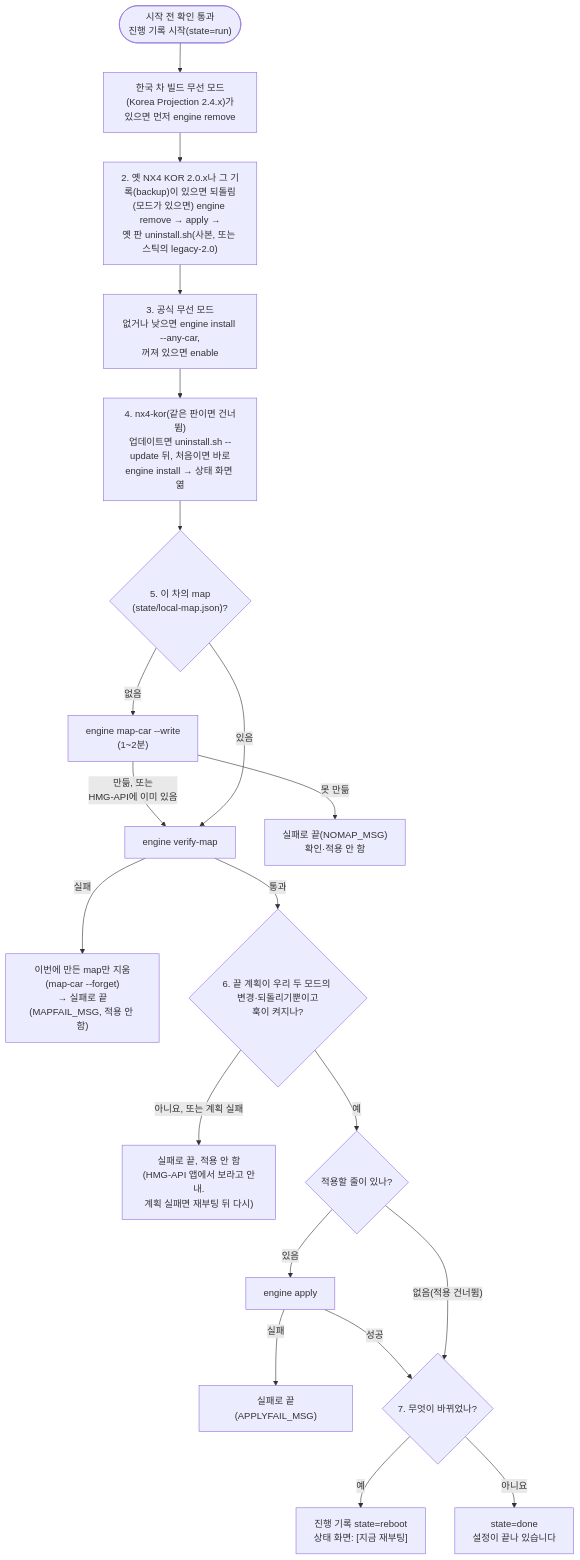
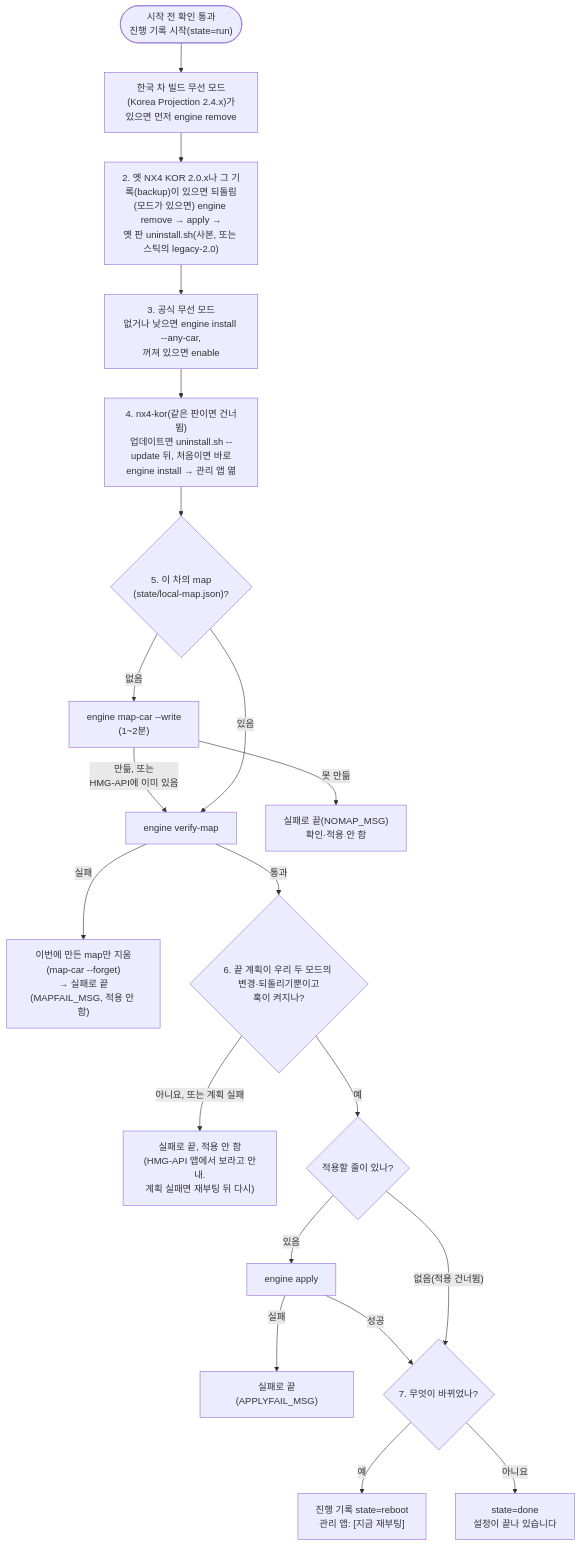
The third of 7 diagrams in docs/flow.md (jay-park-lab/hmgapi-nx4-kor), drawn with Mermaid before and after one commit. The commit also changed other lines of this file and 30 other files, not shown here.

````diff
--- a/docs/flow.md
+++ b/docs/flow.md
@@ -86,22 +86,22 @@
 ```mermaid
 flowchart TD
   GO(["시작 전 확인 통과<br/>진행 기록 시작(state=run)"]) --> KP["한국 차 빌드 무선 모드(Korea Projection 2.4.x)가<br/>있으면 먼저 engine remove"]
   KP --> OLD["2. 옛 NX4 KOR 2.0.x나 그 기록(backup)이 있으면 되돌림<br/>(모드가 있으면) engine remove → apply →<br/>옛 판 uninstall.sh(사본, 또는 스틱의 legacy-2.0)"]
   OLD --> WM["3. 공식 무선 모드<br/>없거나 낮으면 engine install --any-car,<br/>꺼져 있으면 enable"]
-  WM --> NK["4. nx4-kor(같은 판이면 건너뜀)<br/>업데이트면 uninstall.sh --update 뒤, 처음이면 바로<br/>engine install → 상태 화면 엶"]
+  WM --> NK["4. nx4-kor(같은 판이면 건너뜀)<br/>업데이트면 uninstall.sh --update 뒤, 처음이면 바로<br/>engine install → 관리 앱 엶"]
   NK --> MAP{"5. 이 차의 map<br/>(state/local-map.json)?"}
   MAP -->|"없음"| MW["engine map-car --write<br/>(1~2분)"]
   MW -->|"만듦, 또는<br/>HMG-API에 이미 있음"| MV["engine verify-map"]
   MW -->|"못 만듦"| NOMAP["실패로 끝(NOMAP_MSG)<br/>확인·적용 안 함"]
   MAP -->|"있음"| MV
   MV -->|"실패"| MF["이번에 만든 map만 지움(map-car --forget)<br/>→ 실패로 끝(MAPFAIL_MSG, 적용 안 함)"]
   MV -->|"통과"| AP{"6. 끝 계획이 우리 두 모드의 변경·되돌리기뿐이고<br/>훅이 켜지나?"}
   AP -->|"아니요, 또는 계획 실패"| AF["실패로 끝, 적용 안 함<br/>(HMG-API 앱에서 보라고 안내.<br/>계획 실패면 재부팅 뒤 다시)"]
   AP -->|"예"| TODO{"적용할 줄이 있나?"}
   TODO -->|"있음"| APPLY["engine apply"]
   APPLY -->|"실패"| APF["실패로 끝(APPLYFAIL_MSG)"]
   APPLY -->|"성공"| R{"7. 무엇이 바뀌었나?"}
   TODO -->|"없음(적용 건너뜀)"| R
-  R -->|"예"| RB["진행 기록 state=reboot<br/>상태 화면: [지금 재부팅]"]
+  R -->|"예"| RB["진행 기록 state=reboot<br/>관리 앱: [지금 재부팅]"]
   R -->|"아니요"| DONE["state=done<br/>설정이 끝나 있습니다"]
 ```
````
